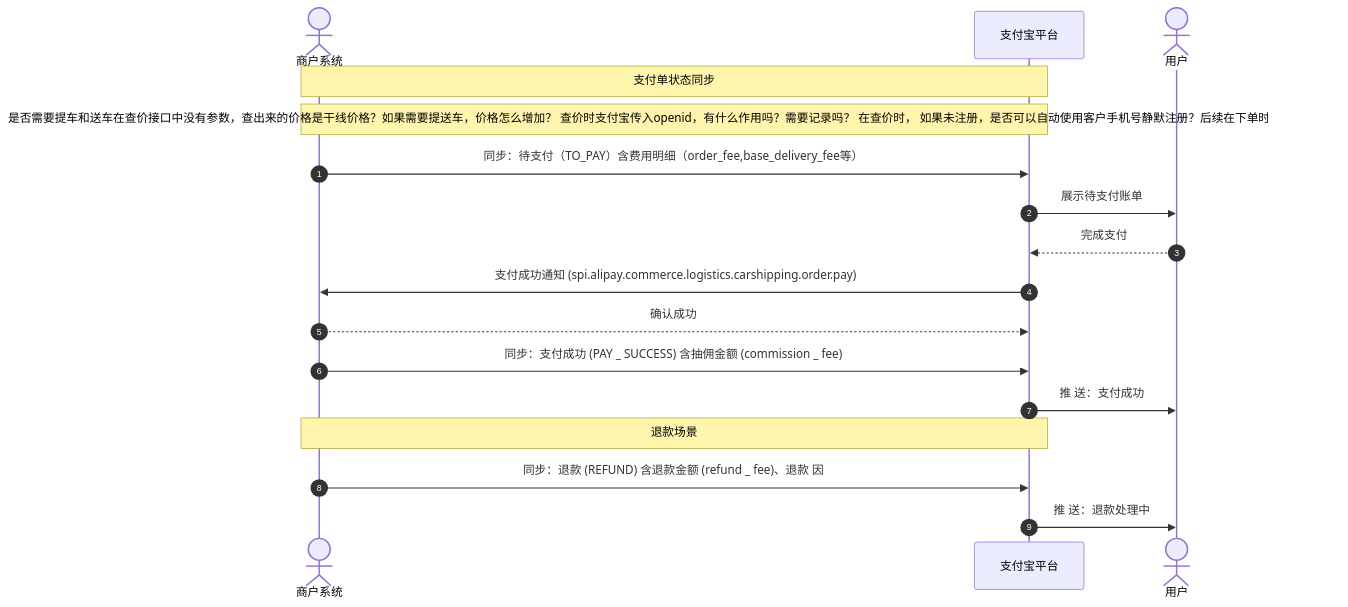
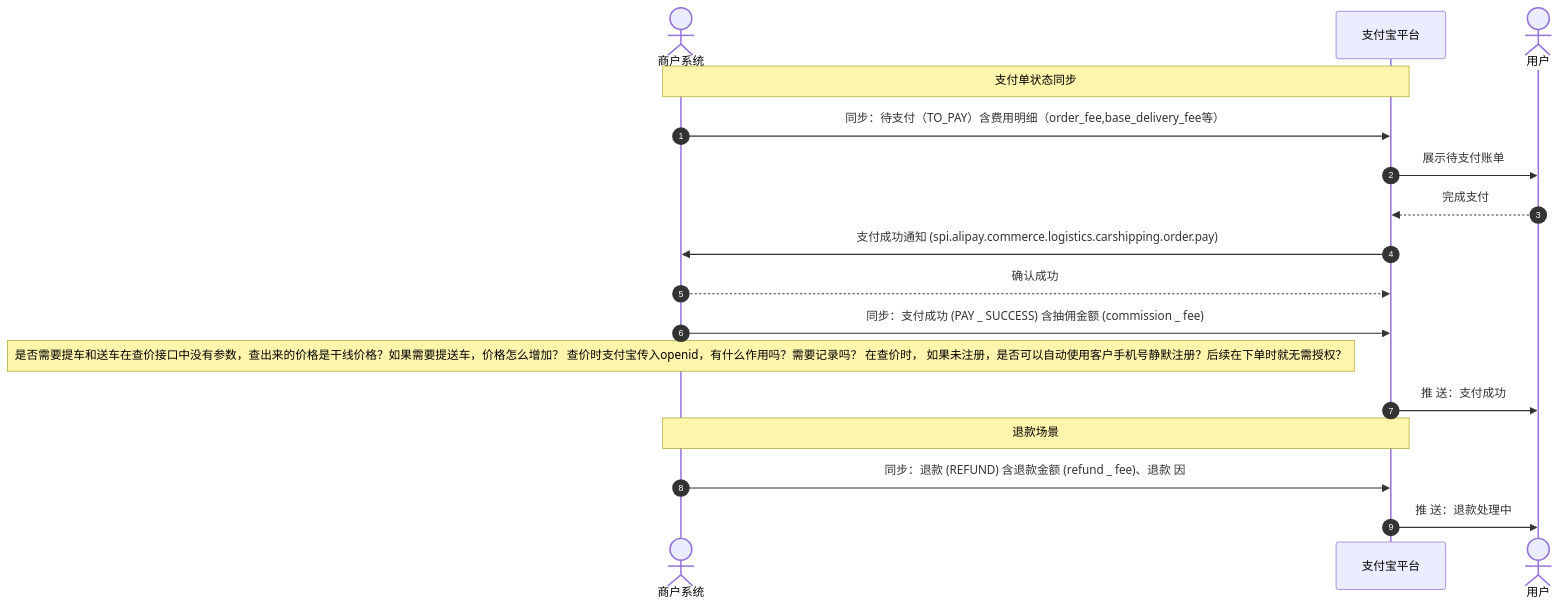
One commit to pingpm/mermaid_vault changed the diagram in notes/支付单状态同步时序_b3042cb3-08c1-43b5-b440-32d3f6443821.md. Above: the diagram before and after it, drawn with Mermaid. The commit also changed 2 other files, not shown here.

Commit message:
Sync Mermaid Studio data (15 diagrams)

````diff
--- a/notes/支付单状态同步时序_b3042cb3-08c1-43b5-b440-32d3f6443821.md
+++ b/notes/支付单状态同步时序_b3042cb3-08c1-43b5-b440-32d3f6443821.md
@@ -3,20 +3,20 @@
 ```mermaid
 sequenceDiagram
   autonumber
   actor p0 as 商户系统
   participant p1 as ⽀付宝平台
   actor p2 as 用户
   Note over p0,p1: ⽀付单状态同步
-  Note over p0,p1: 是否需要提车和送车在查价接口中没有参数，查出来的价格是干线价格？如果需要提送车，价格怎么增加？ 查价时支付宝传入openid，有什么作用吗？需要记录吗？ 在查价时， 如果未注册，是否可以自动使用客户手机号静默注册？后续在下单时就无需授权？
   p0->>p1: 同步：待支付（TO_PAY）含费用明细（order_fee,base_delivery_fee等）
   p1->>p2: 展示待⽀付账单
   p2-->>p1: 完成⽀付
   p1->>p0: ⽀付成功通知 (spi.alipay.commerce.logistics.carshipping.order.pay)
   p0-->>p1: 确认成功
   p0->>p1: 同步：⽀付成功 (PAY _ SUCCESS) 含抽佣⾦额 (commission _ fee)
+  Note over p0: 是否需要提车和送车在查价接口中没有参数，查出来的价格是干线价格？如果需要提送车，价格怎么增加？ 查价时支付宝传入openid，有什么作用吗？需要记录吗？ 在查价时， 如果未注册，是否可以自动使用客户手机号静默注册？后续在下单时就无需授权？
   p1->>p2: 推 送：⽀付成功
   Note over p0,p1: 退款场景
   p0->>p1: 同步：退款 (REFUND) 含退款⾦额 (refund _ fee)、退款 因
   p1->>p2: 推 送：退款处理中
 
 ```
````
